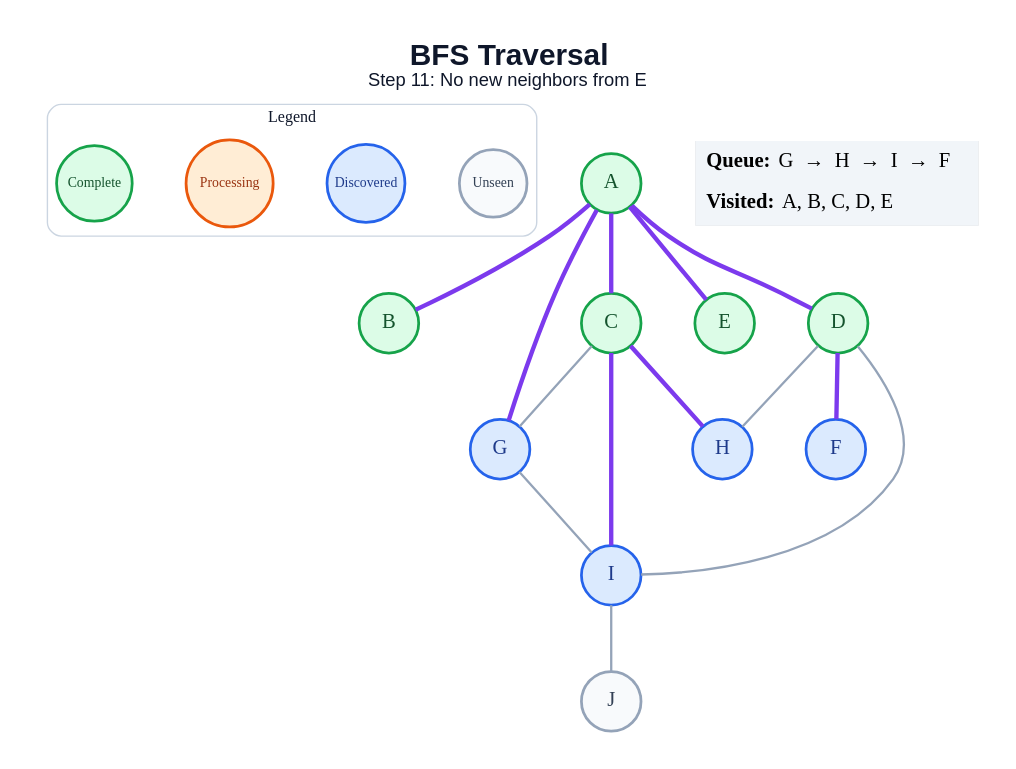
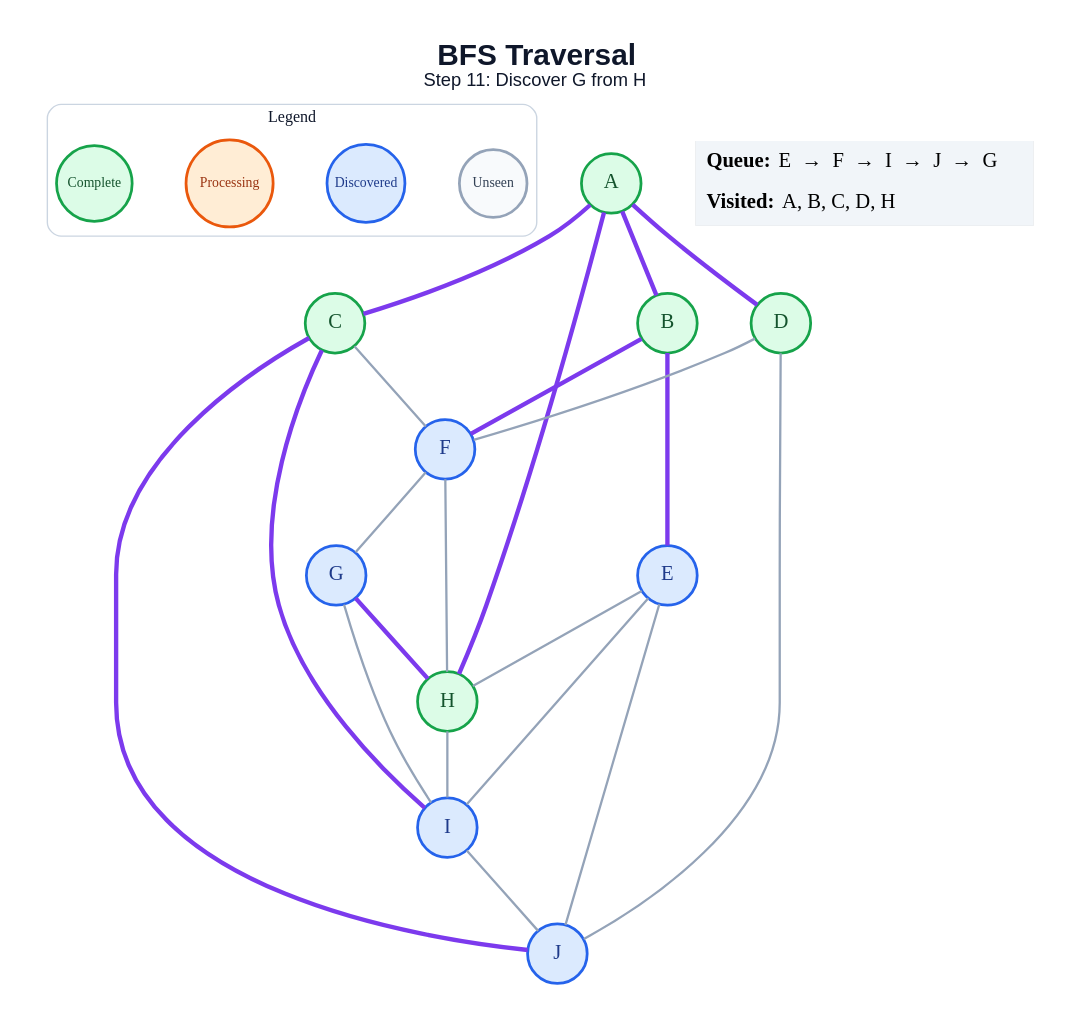
The diagram in generated/bfs/step_11.dot (amanghodawala9/ai-slop), drawn with Graphviz before and after one commit. The commit also changed 178 other files, not shown here.

```diff
--- a/generated/bfs/step_11.dot
+++ b/generated/bfs/step_11.dot
@@ -1,42 +1,49 @@
 graph traversal {
   graph [layout=dot, rankdir=TB, bgcolor="#FFFFFF", pad="0.35", nodesep="0.65", ranksep="0.8", fontname="Arial"];
   node [shape=circle, style="filled", fontname="Arial Bold", fontsize=18, width=0.72, fixedsize=true, penwidth=2.4];
   edge [color="#94A3B8", penwidth=2.0];
-  label=<<B>BFS Traversal</B><BR/><FONT POINT-SIZE="16">Step 11: No new neighbors from E</FONT>>; labelloc="t"; fontsize=26; fontname="Arial"; fontcolor="#0F172A";
+  label=<<B>BFS Traversal</B><BR/><FONT POINT-SIZE="16">Step 11: Discover G from H</FONT>>; labelloc="t"; fontsize=26; fontname="Arial"; fontcolor="#0F172A";
   subgraph cluster_legend { label="Legend"; color="#CBD5E1"; penwidth=1.2; style="rounded"; fontsize=14; fontname="Arial Bold";
     key_unseen [label="Unseen", fillcolor="#F8FAFC", color="#94A3B8", fontcolor="#334155", fontsize=12, width=0.82];
     key_frontier [label="Discovered", fillcolor="#DBEAFE", color="#2563EB", fontcolor="#1E3A8A", fontsize=12, width=0.95];
     key_current [label="Processing", fillcolor="#FFEDD5", color="#EA580C", fontcolor="#9A3412", fontsize=12, width=1.05];
     key_done [label="Complete", fillcolor="#DCFCE7", color="#16A34A", fontcolor="#14532D", fontsize=12, width=0.92];
     { rank=same; key_unseen; key_frontier; key_current; key_done; }
   }
   A [fillcolor="#DCFCE7", color="#16A34A", fontcolor="#14532D"];
   B [fillcolor="#DCFCE7", color="#16A34A", fontcolor="#14532D"];
   C [fillcolor="#DCFCE7", color="#16A34A", fontcolor="#14532D"];
   D [fillcolor="#DCFCE7", color="#16A34A", fontcolor="#14532D"];
-  E [fillcolor="#DCFCE7", color="#16A34A", fontcolor="#14532D"];
+  E [fillcolor="#DBEAFE", color="#2563EB", fontcolor="#1E3A8A"];
   F [fillcolor="#DBEAFE", color="#2563EB", fontcolor="#1E3A8A"];
   G [fillcolor="#DBEAFE", color="#2563EB", fontcolor="#1E3A8A"];
-  H [fillcolor="#DBEAFE", color="#2563EB", fontcolor="#1E3A8A"];
+  H [fillcolor="#DCFCE7", color="#16A34A", fontcolor="#14532D"];
   I [fillcolor="#DBEAFE", color="#2563EB", fontcolor="#1E3A8A"];
-  J [fillcolor="#F8FAFC", color="#94A3B8", fontcolor="#334155"];
+  J [fillcolor="#DBEAFE", color="#2563EB", fontcolor="#1E3A8A"];
   A -- B [color="#7C3AED", penwidth=3.8];
   A -- C [color="#7C3AED", penwidth=3.8];
   A -- D [color="#7C3AED", penwidth=3.8];
-  A -- E [color="#7C3AED", penwidth=3.8];
-  A -- G [color="#7C3AED", penwidth=3.8];
-  C -- G;
-  C -- H [color="#7C3AED", penwidth=3.8];
+  A -- H [color="#7C3AED", penwidth=3.8];
+  B -- E [color="#7C3AED", penwidth=3.8];
+  B -- F [color="#7C3AED", penwidth=3.8];
+  C -- F;
   C -- I [color="#7C3AED", penwidth=3.8];
-  D -- F [color="#7C3AED", penwidth=3.8];
-  D -- H;
-  D -- I;
+  C -- J [color="#7C3AED", penwidth=3.8];
+  D -- F;
+  D -- J;
+  E -- H;
+  E -- I;
+  E -- J;
+  F -- G;
+  F -- H;
+  G -- H [color="#7C3AED", penwidth=3.8];
   G -- I;
+  H -- I;
   I -- J;
   status [shape=plain, fixedsize=false, width=0, height=0, margin=0, label=<
     <TABLE BORDER="0" CELLBORDER="0" CELLPADDING="7" BGCOLOR="#F1F5F9">
-      <TR><TD ALIGN="LEFT"><B>Queue:</B> G  →  H  →  I  →  F</TD></TR>
-      <TR><TD ALIGN="LEFT"><B>Visited:</B> A, B, C, D, E</TD></TR>
+      <TR><TD ALIGN="LEFT"><B>Queue:</B> E  →  F  →  I  →  J  →  G</TD></TR>
+      <TR><TD ALIGN="LEFT"><B>Visited:</B> A, B, C, D, H</TD></TR>
     </TABLE>
   >];
 }
```
